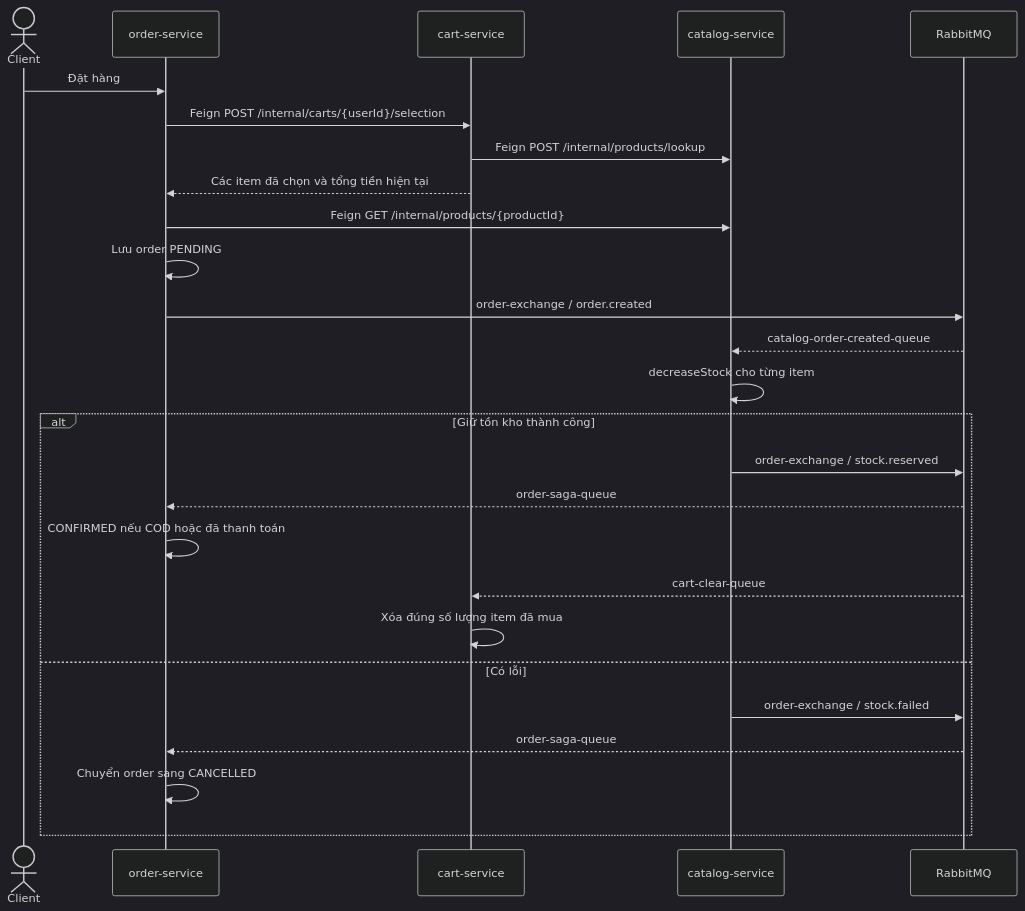
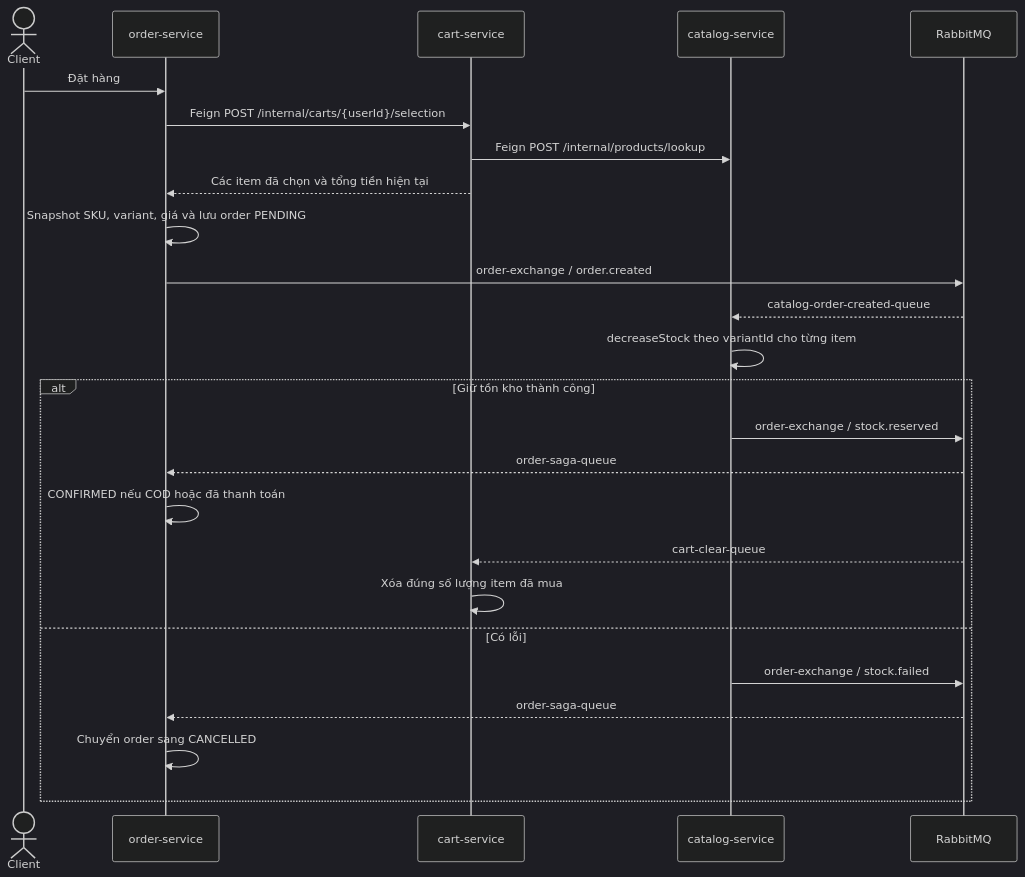
One commit to kyro-ecommerce/Backend changed the first of 2 diagrams in docs/architecture/rabbitmq-feign-current-usage.md. Above: the diagram before and after it, drawn with Mermaid (dark theme). The commit also changed other lines of this file and 3 other files, not shown here.

Commit message:
fix(docs): align architecture with normalized catalog model

````diff
--- a/docs/architecture/rabbitmq-feign-current-usage.md
+++ b/docs/architecture/rabbitmq-feign-current-usage.md
@@ -33,29 +33,28 @@
 ```mermaid
 sequenceDiagram
     actor Client
     participant Order as order-service
     participant Cart as cart-service
     participant Catalog as catalog-service
     participant Rabbit as RabbitMQ
 
     Client->>Order: Đặt hàng
     Order->>Cart: Feign POST /internal/carts/{userId}/selection
     Cart->>Catalog: Feign POST /internal/products/lookup
     Cart-->>Order: Các item đã chọn và tổng tiền hiện tại
-    Order->>Catalog: Feign GET /internal/products/{productId}
-    Order->>Order: Lưu order PENDING
+    Order->>Order: Snapshot SKU, variant, giá và lưu order PENDING
     Order->>Rabbit: order-exchange / order.created
     Rabbit-->>Catalog: catalog-order-created-queue
-    Catalog->>Catalog: decreaseStock cho từng item
+    Catalog->>Catalog: decreaseStock theo variantId cho từng item
     alt Giữ tồn kho thành công
         Catalog->>Rabbit: order-exchange / stock.reserved
         Rabbit-->>Order: order-saga-queue
         Order->>Order: CONFIRMED nếu COD hoặc đã thanh toán
         Rabbit-->>Cart: cart-clear-queue
         Cart->>Cart: Xóa đúng số lượng item đã mua
     else Có lỗi
         Catalog->>Rabbit: order-exchange / stock.failed
         Rabbit-->>Order: order-saga-queue
         Order->>Order: Chuyển order sang CANCELLED
     end
 ```
````
